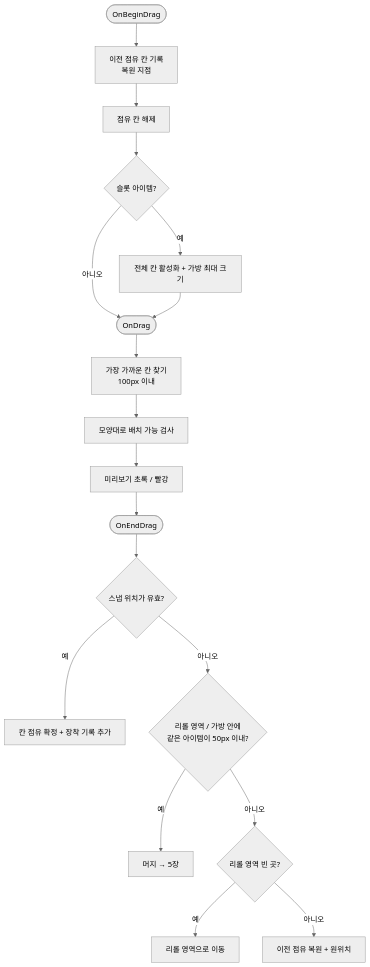
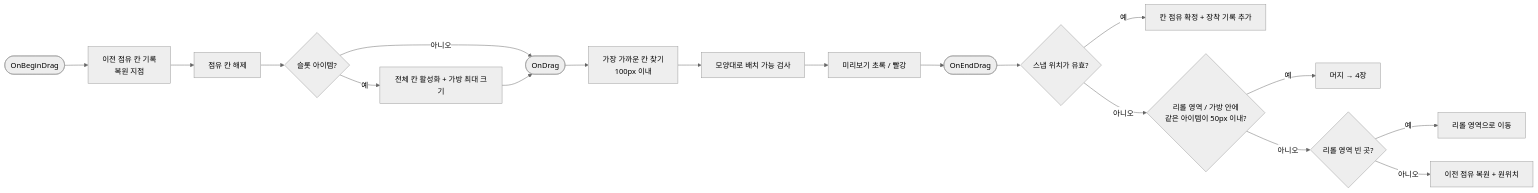
Before and after one commit to NaJungWon/portfolio: the third of 6 diagrams in src/05-inventory-player/기술문서.md, drawn with Mermaid. The commit also changed other lines of this file and 4 other files, not shown here.

````diff
--- a/src/05-inventory-player/기술문서.md
+++ b/src/05-inventory-player/기술문서.md
@@ -187,21 +205,21 @@
 ```mermaid
 %%{init: {'theme':'neutral'}}%%
-flowchart TD
+flowchart LR
     B([OnBeginDrag]) --> B1[이전 점유 칸 기록<br/>복원 지점]
     B1 --> B2[점유 칸 해제]
     B2 --> B3{슬롯 아이템?}
     B3 -->|예| B4[전체 칸 활성화 + 가방 최대 크기]
     B3 -->|아니오| D
     B4 --> D([OnDrag])
     D --> D1[가장 가까운 칸 찾기<br/>100px 이내]
     D1 --> D2[모양대로 배치 가능 검사]
     D2 --> D3[미리보기 초록 / 빨강]
     D3 --> E([OnEndDrag])
     E --> E1{스냅 위치가 유효?}
     E1 -->|예| OK[칸 점유 확정 + 장착 기록 추가]
     E1 -->|아니오| E2{리롤 영역 / 가방 안에<br/>같은 아이템이 50px 이내?}
-    E2 -->|예| M[머지 → 5장]
+    E2 -->|예| M[머지 → 4장]
     E2 -->|아니오| E3{리롤 영역 빈 곳?}
     E3 -->|예| R[리롤 영역으로 이동]
     E3 -->|아니오| F[이전 점유 복원 + 원위치]
 ```
````
